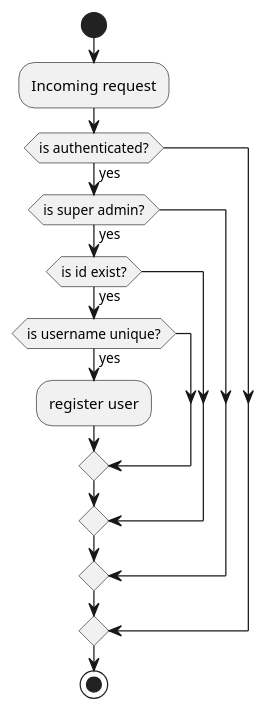
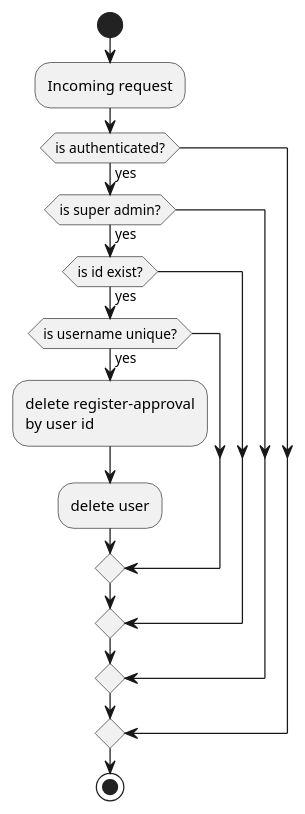
The diagram in plantuml/admin/delete admin.puml (nashrul-be/crm), drawn with PlantUML before and after one commit. The commit also changed 1 other file, not shown here.

Commit message:
adjust delete admin activity diagram according to code

```diff
--- a/plantuml/admin/delete admin.puml
+++ b/plantuml/admin/delete admin.puml
@@ -1,16 +1,18 @@
 @startuml
 'https://plantuml.com/activity-diagram-beta
 
 start
 :Incoming request;
 if (is authenticated?) then (yes)
   if (is super admin?) then (yes)
     if (is id exist?) then (yes)
       if (is username unique?) then (yes)
-        :register user;
+        :delete register-approval
+        by user id ;
+        :delete user;
       endif
     endif
   endif
 endif
 stop
 @enduml
```
